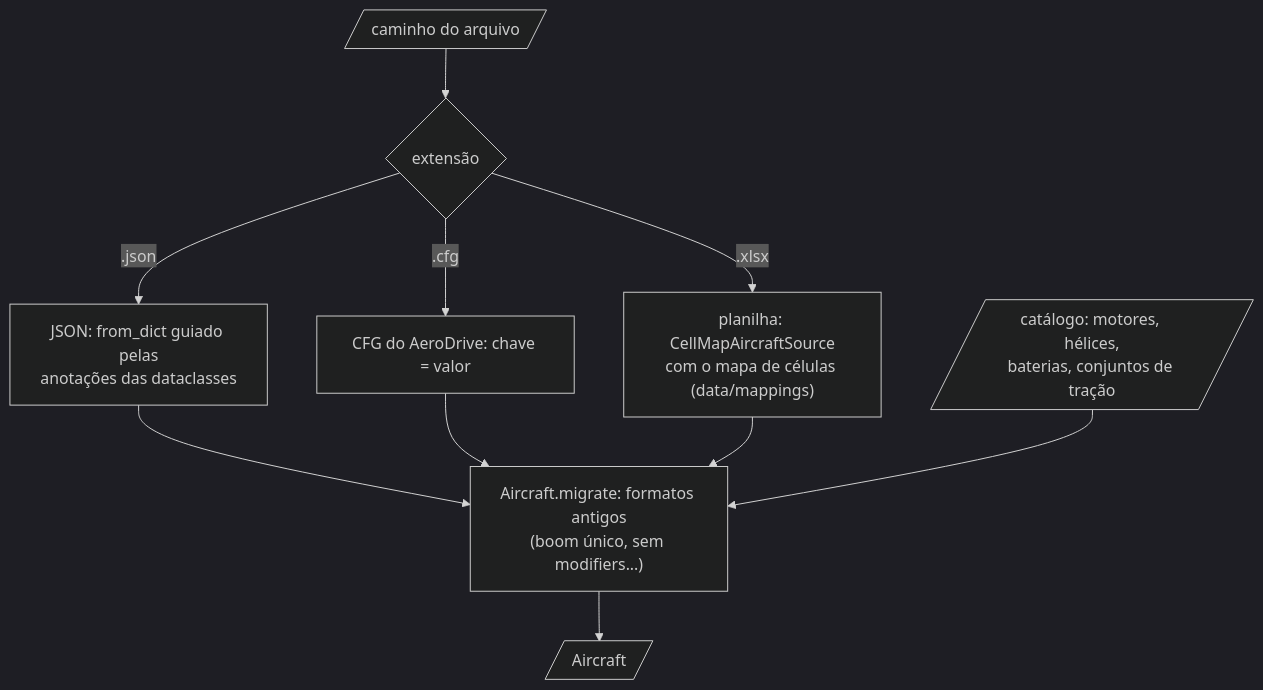
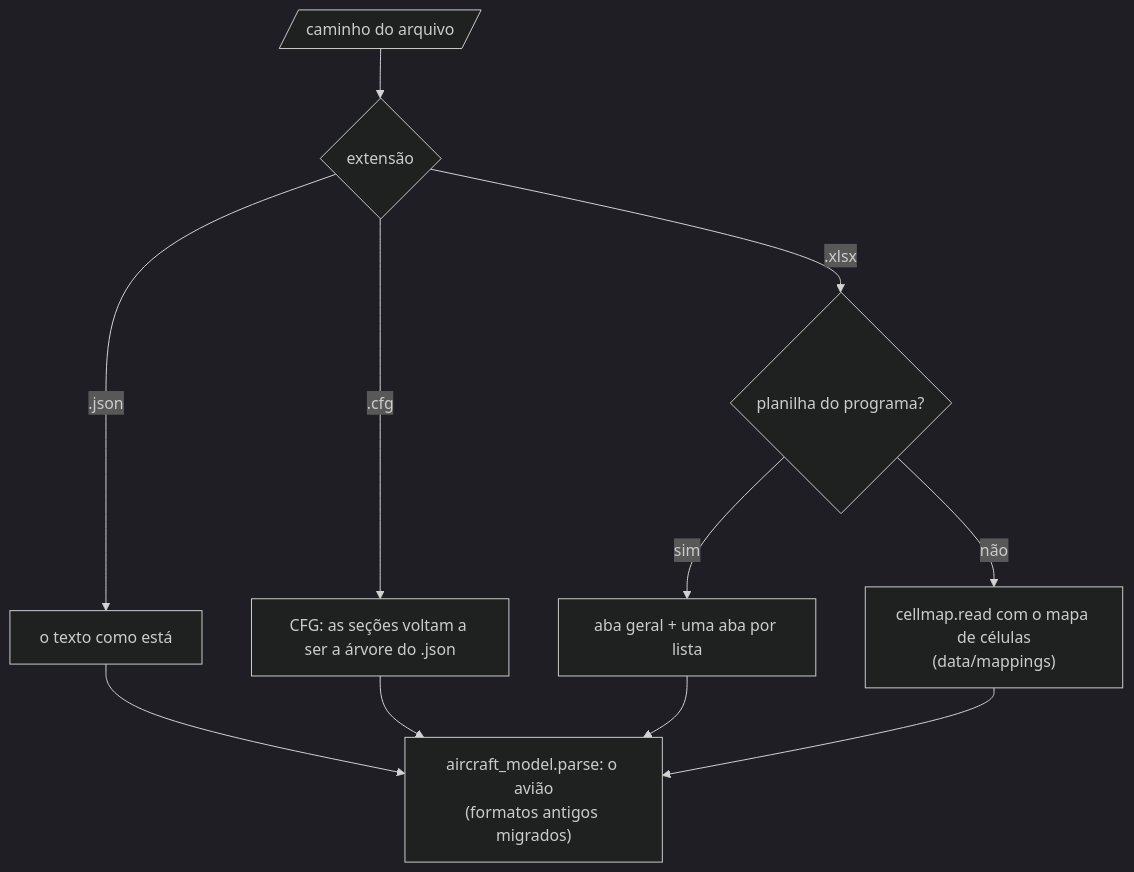
One commit to vitordallolivo/AircraftSimulation changed the second of 2 diagrams in aerosim/data/README.md. Above: the diagram before and after it, drawn with Mermaid (dark theme). The commit also changed other lines of this file and 38 other files, not shown here.

````diff
--- a/aerosim/data/README.md
+++ b/aerosim/data/README.md
@@ -47,12 +39,10 @@
 ```mermaid
 flowchart TD
     P[/"caminho do arquivo"/] --> EXT{"extensão"}
-    EXT -->|".json"| J["JSON: from_dict guiado pelas<br/>anotações das dataclasses"]
-    EXT -->|".cfg"| C["CFG do AeroDrive: chave = valor"]
-    EXT -->|".xlsx"| X["planilha: CellMapAircraftSource<br/>com o mapa de células (data/mappings)"]
-    J --> MIG["Aircraft.migrate: formatos antigos<br/>(boom único, sem modifiers...)"]
-    C --> MIG
-    X --> MIG
-    CAT[/"catálogo: motores, hélices,<br/>baterias, conjuntos de tração"/] --> MIG
-    MIG --> AC[/"Aircraft"/]
+    EXT -->|".json"| J["o texto como está"]
+    EXT -->|".cfg"| C["CFG: as seções voltam a ser a árvore do .json"]
+    EXT -->|".xlsx"| X{"planilha do programa?"}
+    X -->|"sim"| XP["aba geral + uma aba por lista"]
+    X -->|"não"| XM["cellmap.read com o mapa de células<br/>(data/mappings)"]
+    J & C & XP & XM --> PARSE["aircraft_model.parse: o avião<br/>(formatos antigos migrados)"]
 ```
````
